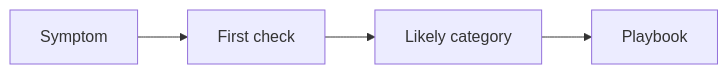
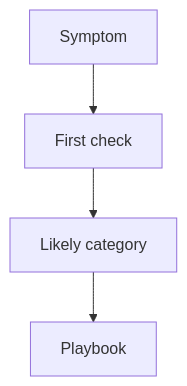
One commit to yeongseon/azure-storage-practical-guide changed the diagram in docs/troubleshooting/quick-diagnosis-cards.md. Above: the diagram before and after it, drawn with Mermaid. The commit also changed 27 other files, not shown here.

First line of the commit message:
docs: convert LR diagrams to TD for readability and add orientation rule

````diff
--- a/docs/troubleshooting/quick-diagnosis-cards.md
+++ b/docs/troubleshooting/quick-diagnosis-cards.md
@@ -15,6 +15,6 @@
 ```mermaid
-flowchart LR
+flowchart TD
     A[Symptom] --> B[First check]
     B --> C[Likely category]
     C --> D[Playbook]
 ```
````
